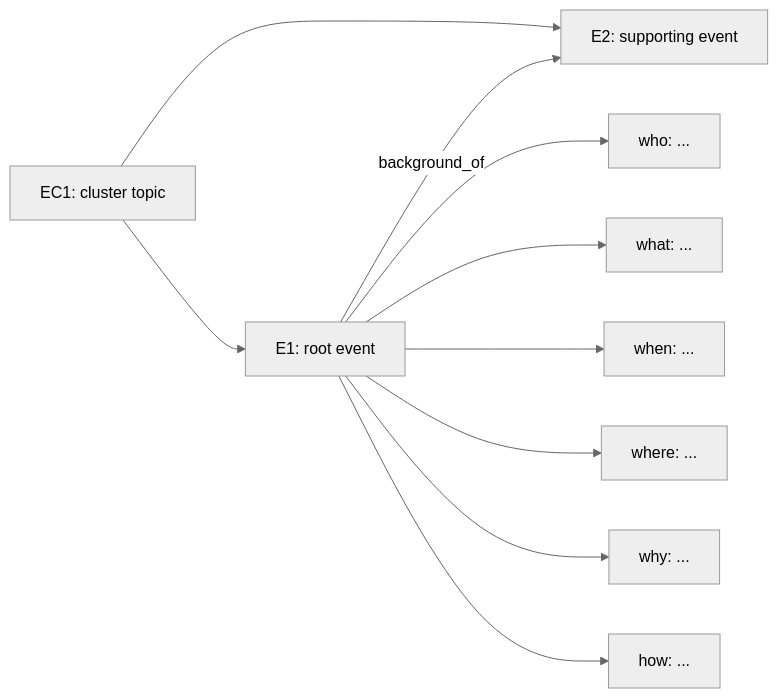
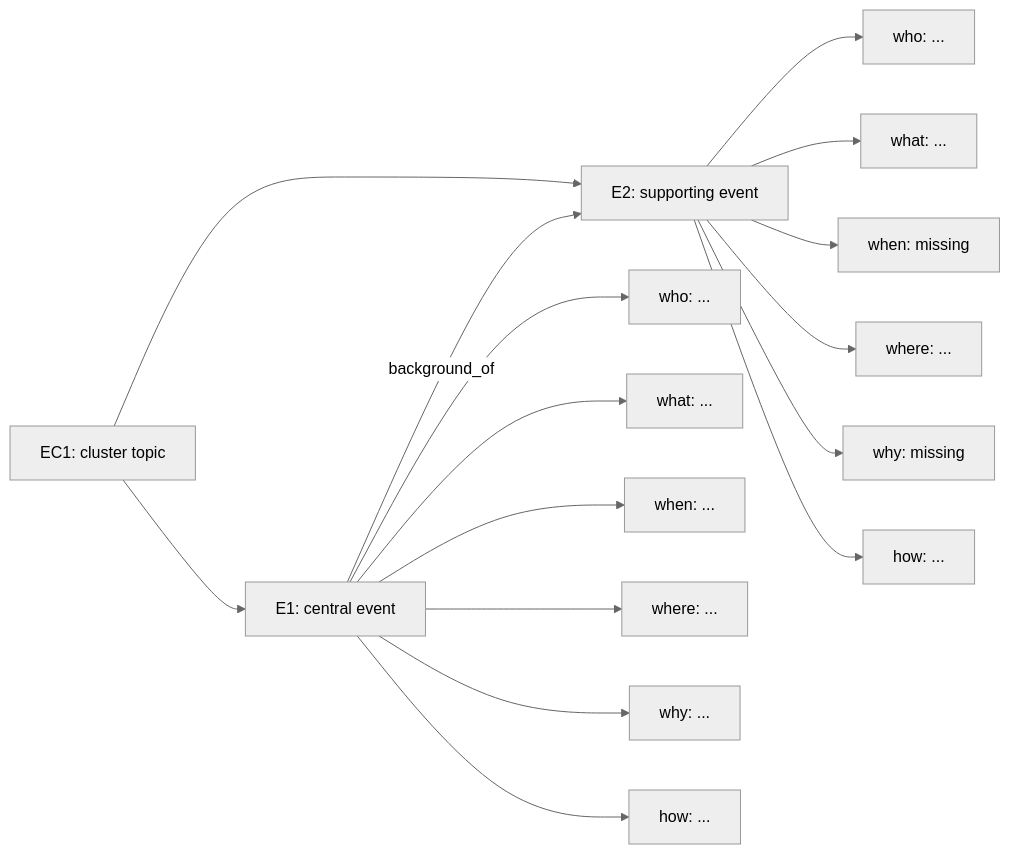
The second of 2 diagrams in ceh-5w1h/references/diagram-guide.md (verbalPoem/ceh-5w1h-skill), drawn with Mermaid (neutral theme) before and after one commit. The commit also changed other lines of this file and 33 other files, not shown here.

````diff
--- a/ceh-5w1h/references/diagram-guide.md
+++ b/ceh-5w1h/references/diagram-guide.md
@@ -51,17 +51,24 @@
 ```mermaid
 flowchart LR
   EC1["EC1: cluster topic"]
-  E1["E1: root event"]
+  E1["E1: central event"]
   E2["E2: supporting event"]
 
   EC1 --> E1
   EC1 --> E2
   E1 -- "background_of" --> E2
 
   E1 --> E1_WHO["who: ..."]
   E1 --> E1_WHAT["what: ..."]
   E1 --> E1_WHEN["when: ..."]
   E1 --> E1_WHERE["where: ..."]
   E1 --> E1_WHY["why: ..."]
   E1 --> E1_HOW["how: ..."]
+
+  E2 --> E2_WHO["who: ..."]
+  E2 --> E2_WHAT["what: ..."]
+  E2 --> E2_WHEN["when: missing"]
+  E2 --> E2_WHERE["where: ..."]
+  E2 --> E2_WHY["why: missing"]
+  E2 --> E2_HOW["how: ..."]
 ```
````
